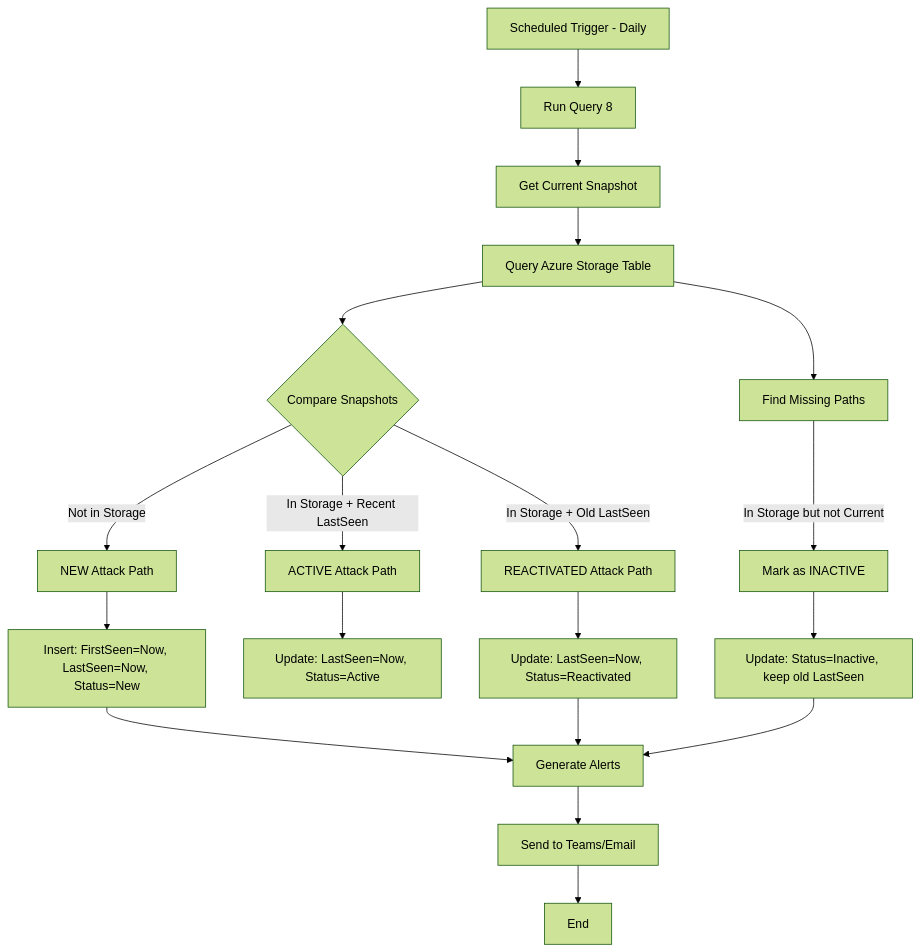
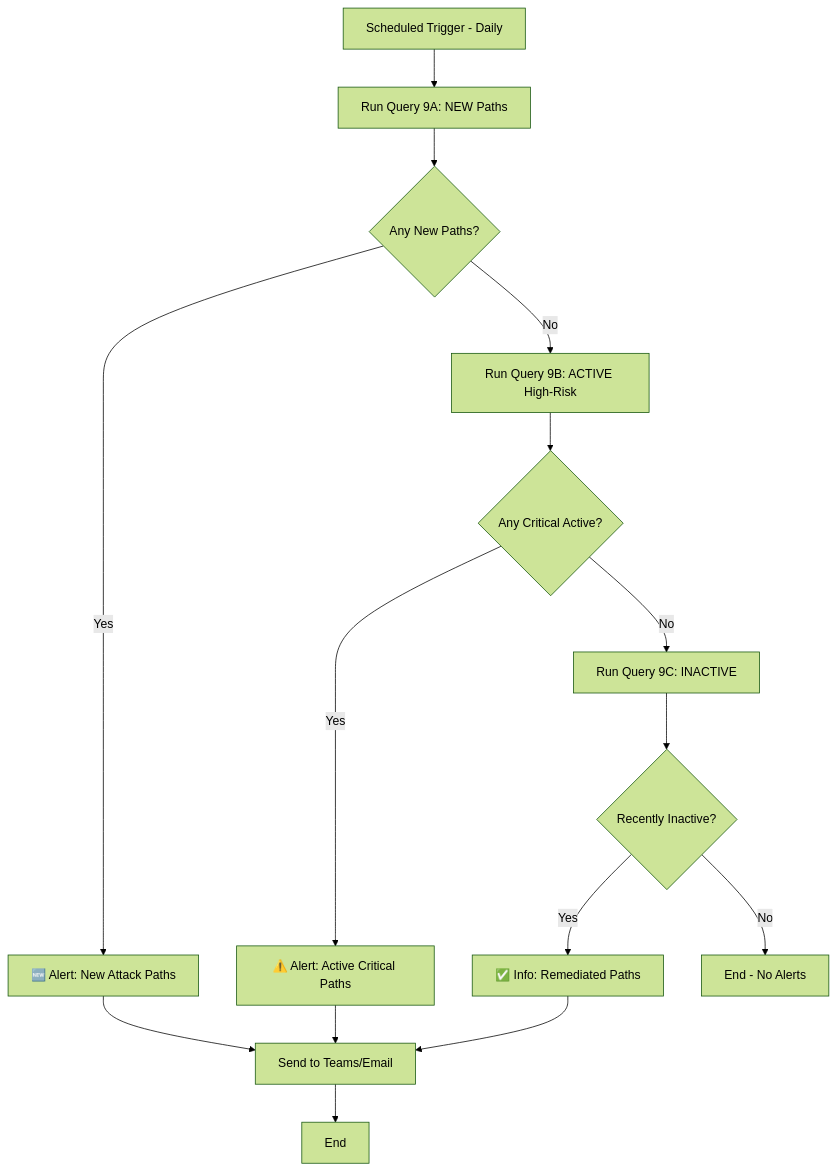
One commit to RakeshPrasad21/Rakesh-Prasad changed the diagram in MCP/kql.md. Above: the diagram before and after it, drawn with Mermaid (forest theme). The commit also changed other lines of this file, not shown here.

````diff
--- a/MCP/kql.md
+++ b/MCP/kql.md
@@ -780,26 +988,20 @@
 ```mermaid
 graph TD
-    A[Scheduled Trigger - Daily] --> B[Run Query 8]
-    B --> C[Get Current Snapshot]
-    C --> D[Query Azure Storage Table]
-    D --> E{Compare Snapshots}
+    A[Scheduled Trigger - Daily] --> B[Run Query 9A: NEW Paths]
+    B --> C{Any New Paths?}
+    C -->|Yes| D[🆕 Alert: New Attack Paths]
+    C -->|No| E[Run Query 9B: ACTIVE High-Risk]
     
-    E -->|Not in Storage| F[NEW Attack Path]
-    E -->|In Storage + Recent LastSeen| G[ACTIVE Attack Path]
-    E -->|In Storage + Old LastSeen| H[REACTIVATED Attack Path]
+    E --> F{Any Critical Active?}
+    F -->|Yes| G[⚠️ Alert: Active Critical Paths]
+    F -->|No| H[Run Query 9C: INACTIVE]
     
-    F --> I[Insert: FirstSeen=Now, LastSeen=Now, Status=New]
-    G --> J[Update: LastSeen=Now, Status=Active]
-    H --> K[Update: LastSeen=Now, Status=Reactivated]
+    H --> I{Recently Inactive?}
+    I -->|Yes| J[✅ Info: Remediated Paths]
+    I -->|No| K[End - No Alerts]
     
-    D --> L[Find Missing Paths]
-    L -->|In Storage but not Current| M[Mark as INACTIVE]
-    M --> N[Update: Status=Inactive, keep old LastSeen]
-    
-    I --> O[Generate Alerts]
-    K --> O
-    N --> O
-    
-    O --> P[Send to Teams/Email]
-    P --> Q[End]
+    D --> L[Send to Teams/Email]
+    G --> L
+    J --> L
+    L --> M[End]
 ```
````
